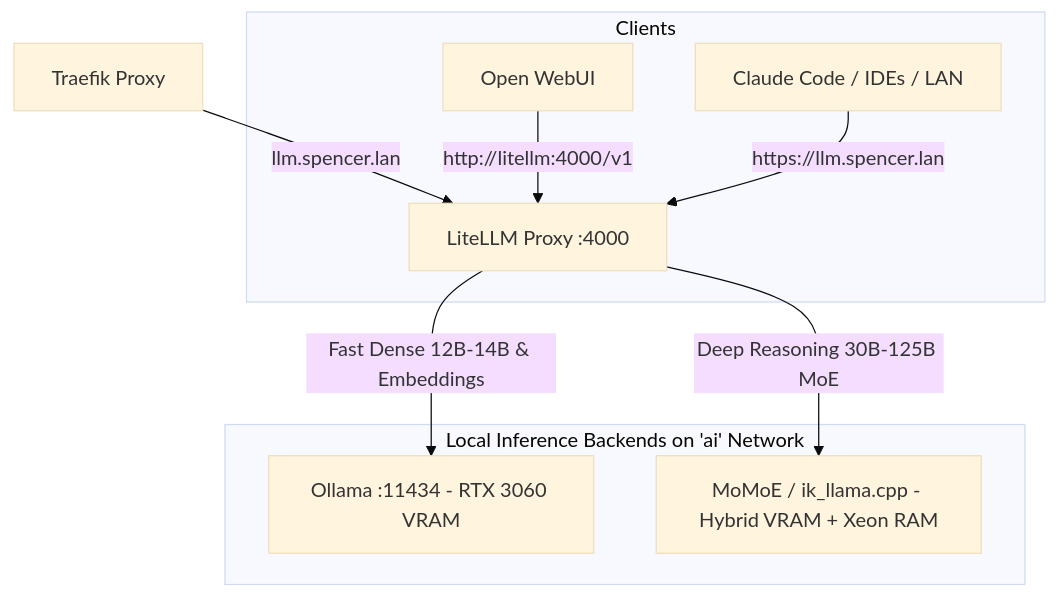
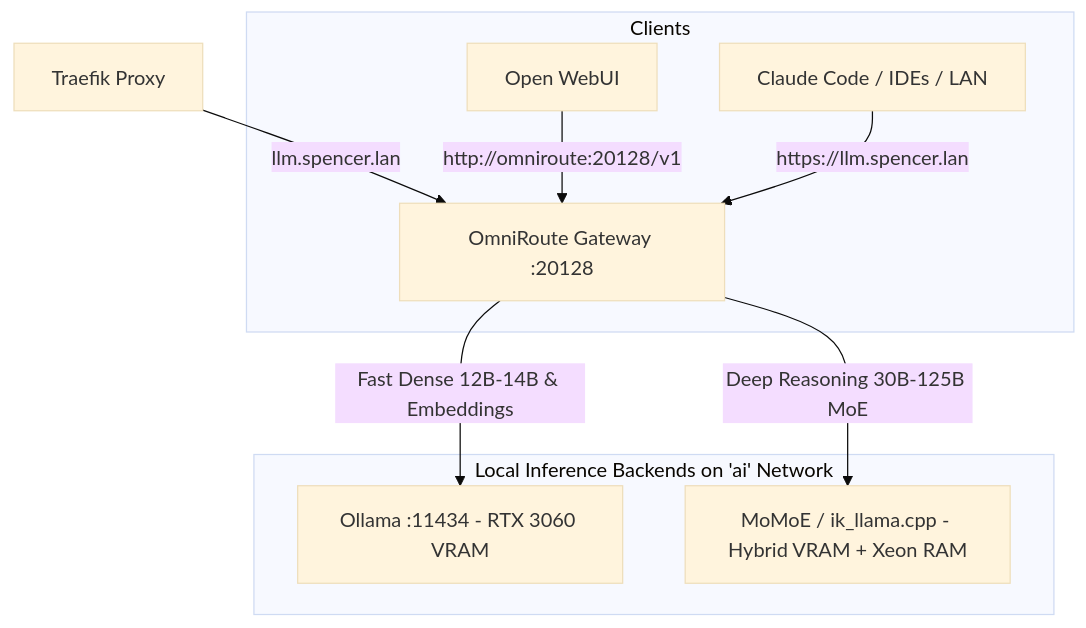
The diagram in 0-projects/Mixture-of-Experts/README.md (jamesbspencer/homelab), drawn with Mermaid (base theme) before and after one commit. The commit also changed other lines of this file and 25 other files, not shown here.

````diff
--- a/0-projects/Mixture-of-Experts/README.md
+++ b/0-projects/Mixture-of-Experts/README.md
@@ -43,14 +43,14 @@
 ```mermaid
 graph TD
-    Traefik[Traefik Proxy] -->|llm.spencer.lan| LiteLLM[LiteLLM Proxy :4000]
+    Traefik[Traefik Proxy] -->|llm.spencer.lan| OmniRoute[OmniRoute Gateway :20128]
 
     subgraph Clients
-        OpenWebUI[Open WebUI] -->|http://litellm:4000/v1| LiteLLM
-        IDEs[Claude Code / IDEs / LAN] -->|https://llm.spencer.lan| LiteLLM
+        OpenWebUI[Open WebUI] -->|http://omniroute:20128/v1| OmniRoute
+        IDEs[Claude Code / IDEs / LAN] -->|https://llm.spencer.lan| OmniRoute
     end
 
     subgraph Local Inference Backends on 'ai' Network
-        LiteLLM -->|Fast Dense 12B-14B & Embeddings| Ollama[Ollama :11434 - RTX 3060 VRAM]
-        LiteLLM -->|Deep Reasoning 30B-125B MoE| MoE[MoMoE / ik_llama.cpp - Hybrid VRAM + Xeon RAM]
+        OmniRoute -->|Fast Dense 12B-14B & Embeddings| Ollama[Ollama :11434 - RTX 3060 VRAM]
+        OmniRoute -->|Deep Reasoning 30B-125B MoE| MoE[MoMoE / ik_llama.cpp - Hybrid VRAM + Xeon RAM]
     end
 ```
````
